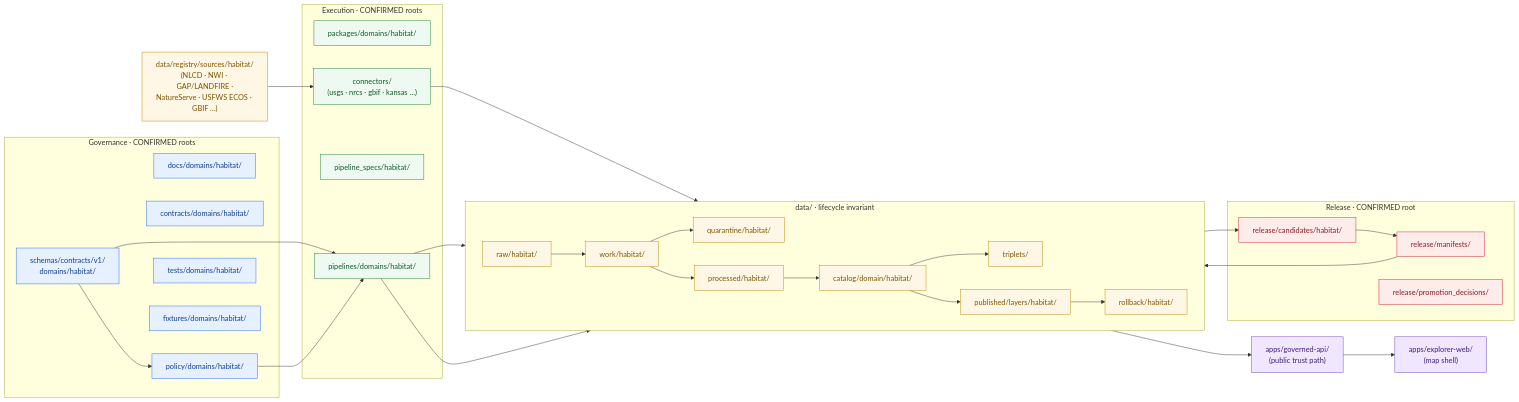
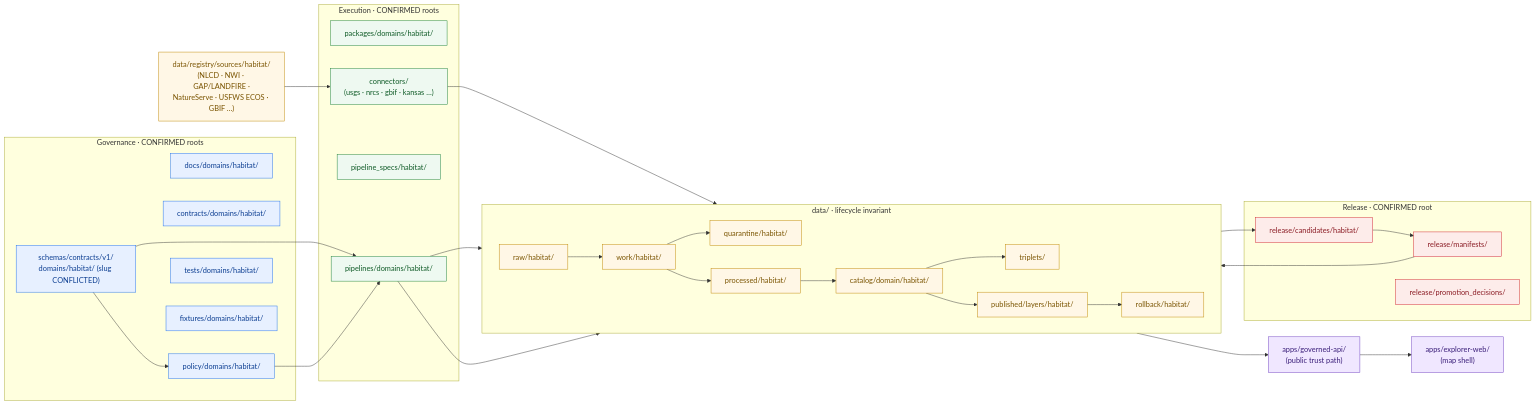
The diagram in docs/domains/habitat/CANONICAL_PATHS.md (bartytime4life/Kansas-Frontier-Matrix), drawn with Mermaid before and after one commit. The commit also changed other lines of this file, not shown here.

````diff
--- a/docs/domains/habitat/CANONICAL_PATHS.md
+++ b/docs/domains/habitat/CANONICAL_PATHS.md
@@ -131,64 +139,64 @@
 ```mermaid
 flowchart LR
   subgraph GOV["Governance · CONFIRMED roots"]
     DOCS["docs/domains/habitat/"]
     CTR["contracts/domains/habitat/"]
-    SCH["schemas/contracts/v1/<br/>domains/habitat/"]
+    SCH["schemas/contracts/v1/<br/>domains/habitat/ (slug CONFLICTED)"]
     POL["policy/domains/habitat/"]
     TST["tests/domains/habitat/"]
     FIX["fixtures/domains/habitat/"]
   end
 
   subgraph EXEC["Execution · CONFIRMED roots"]
     PKG["packages/domains/habitat/"]
     PIPE["pipelines/domains/habitat/"]
     SPEC["pipeline_specs/habitat/"]
     CONN["connectors/<br/>(usgs · nrcs · gbif · kansas …)"]
   end
 
   subgraph DATA["data/ · lifecycle invariant"]
     direction LR
     RAW["raw/habitat/"] --> WORK["work/habitat/"]
     WORK --> QUAR["quarantine/habitat/"]
     WORK --> PROC["processed/habitat/"]
     PROC --> CAT["catalog/domain/habitat/"]
     CAT --> TRI["triplets/"]
     CAT --> PUB["published/layers/habitat/"]
     PUB --> RB["rollback/habitat/"]
   end
 
   subgraph REL["Release · CONFIRMED root"]
     CAND["release/candidates/habitat/"]
     MAN["release/manifests/"]
     PRM["release/promotion_decisions/"]
   end
 
   SRC["data/registry/sources/habitat/<br/>(NLCD · NWI · GAP/LANDFIRE ·<br/>NatureServe · USFWS ECOS · GBIF …)"]
   GAPI["apps/governed-api/<br/>(public trust path)"]
   XW["apps/explorer-web/<br/>(map shell)"]
 
   CONN --> RAW
   SRC --> CONN
   SCH --> POL
   SCH --> PIPE
   POL --> PIPE
   PIPE --> WORK
   PIPE --> PROC
   CAT --> CAND
   CAND --> MAN
   MAN --> PUB
   PUB --> GAPI
   GAPI --> XW
 
   classDef govStyle fill:#e7f0ff,stroke:#1f6feb,color:#0b3d91;
   classDef execStyle fill:#eef9f1,stroke:#1a7f37,color:#0e5a26;
   classDef dataStyle fill:#fff7e6,stroke:#bf8700,color:#7a5400;
   classDef relStyle fill:#fdecea,stroke:#cf222e,color:#8a1a23;
   classDef pubStyle fill:#f0e7ff,stroke:#6f42c1,color:#3b1f7a;
 
   class DOCS,CTR,SCH,POL,TST,FIX govStyle;
   class PKG,PIPE,SPEC,CONN execStyle;
   class RAW,WORK,QUAR,PROC,CAT,TRI,PUB,RB,SRC dataStyle;
   class CAND,MAN,PRM relStyle;
   class GAPI,XW pubStyle;
 ```
````
